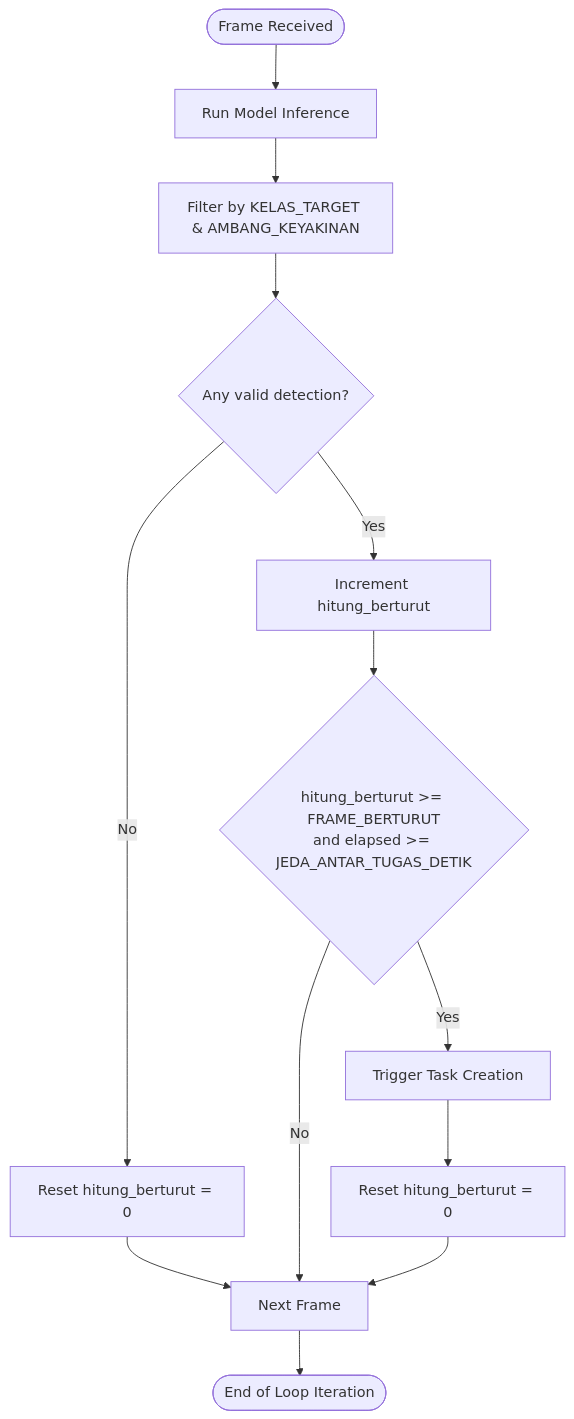
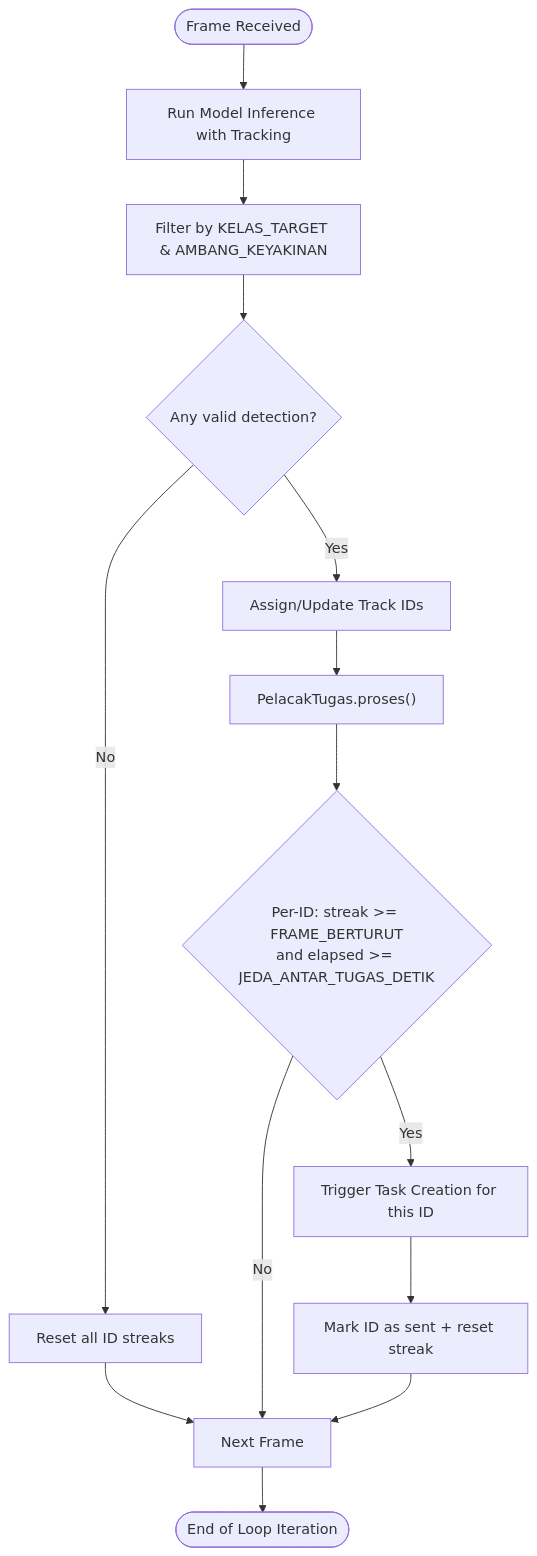
Before and after one commit to rdsarjito/whoosh-ramah: the fifth of 7 diagrams in .qoder/repowiki/en/content/AI Detection System/Detection Pipeline.md, drawn with Mermaid. The commit also changed other lines of this file and 68 other files, not shown here.

````diff
--- a/.qoder/repowiki/en/content/AI Detection System/Detection Pipeline.md
+++ b/.qoder/repowiki/en/content/AI Detection System/Detection Pipeline.md
@@ -198,15 +233,16 @@
 ```mermaid
 flowchart TD
-Start(["Frame Received"]) --> Detect["Run Model Inference"]
+Start(["Frame Received"]) --> Detect["Run Model Inference with Tracking"]
 Detect --> Filter["Filter by KELAS_TARGET & AMBANG_KEYAKINAN"]
 Filter --> Seen{"Any valid detection?"}
-Seen --> |Yes| Inc["Increment hitung_berturut"]
-Seen --> |No| Reset["Reset hitung_berturut = 0"]
-Inc --> CheckThreshold{"hitung_berturut >= FRAME_BERTURUT<br/>and elapsed >= JEDA_ANTAR_TUGAS_DETIK"}
-Reset --> NextFrame["Next Frame"]
-CheckThreshold --> |Yes| Trigger["Trigger Task Creation"]
+Seen --> |Yes| AssignIDs["Assign/Update Track IDs"]
+Seen --> |No| ResetAll["Reset all ID streaks"]
+AssignIDs --> ProcessIDs["PelacakTugas.proses()"]
+ProcessIDs --> CheckThreshold{"Per-ID: streak >= FRAME_BERTURUT<br/>and elapsed >= JEDA_ANTAR_TUGAS_DETIK"}
+ResetAll --> NextFrame["Next Frame"]
+CheckThreshold --> |Yes| Trigger["Trigger Task Creation for this ID"]
 CheckThreshold --> |No| NextFrame
-Trigger --> ResetCounter["Reset hitung_berturut = 0"]
-ResetCounter --> NextFrame
+Trigger --> MarkSent["Mark ID as sent + reset streak"]
+MarkSent --> NextFrame
 NextFrame --> End(["End of Loop Iteration"])
 ```
````
